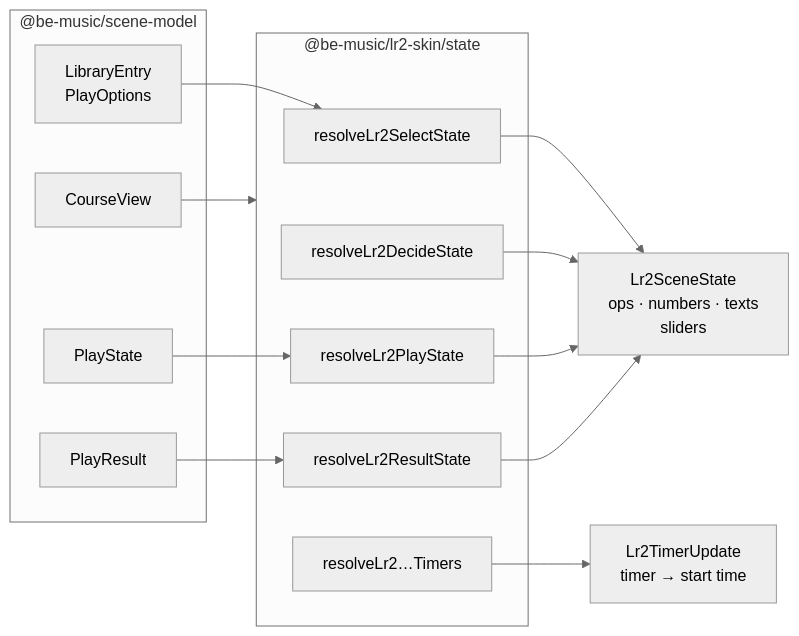
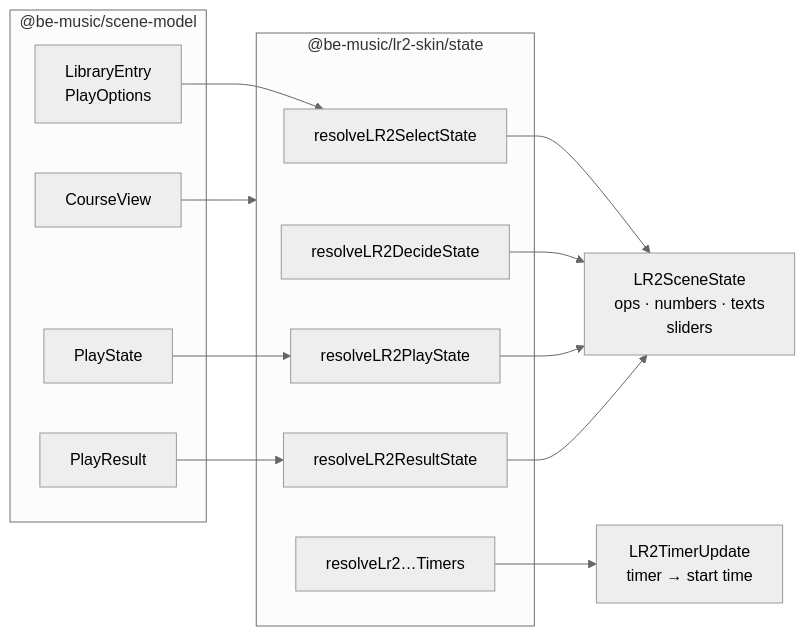
Before and after one commit to nulltask/be-music: the diagram in docs/lr2-skin.md, drawn with Mermaid (neutral theme). The commit also changed other lines of this file and 921 other files, not shown here.

````diff
--- a/docs/lr2-skin.md
+++ b/docs/lr2-skin.md
@@ -89,28 +89,28 @@
 ```mermaid
 flowchart LR
   subgraph models["@be-music/scene-model"]
     entry["LibraryEntry<br/>PlayOptions"]
     play["PlayState"]
     result["PlayResult"]
     course["CourseView"]
   end
   subgraph state["@be-music/lr2-skin/state"]
-    select["resolveLr2SelectState"]
-    decide["resolveLr2DecideState"]
-    playing["resolveLr2PlayState"]
-    results["resolveLr2ResultState"]
+    select["resolveLR2SelectState"]
+    decide["resolveLR2DecideState"]
+    playing["resolveLR2PlayState"]
+    results["resolveLR2ResultState"]
     timers["resolveLr2…Timers"]
   end
-  ids["Lr2SceneState<br/>ops · numbers · texts<br/>sliders"]
-  starts["Lr2TimerUpdate<br/>timer → start time"]
+  ids["LR2SceneState<br/>ops · numbers · texts<br/>sliders"]
+  starts["LR2TimerUpdate<br/>timer → start time"]
 
   entry --> select
   play --> playing
   result --> results
   course --> state
   select --> ids
   decide --> ids
   playing --> ids
   results --> ids
   timers --> starts
 ```
````
